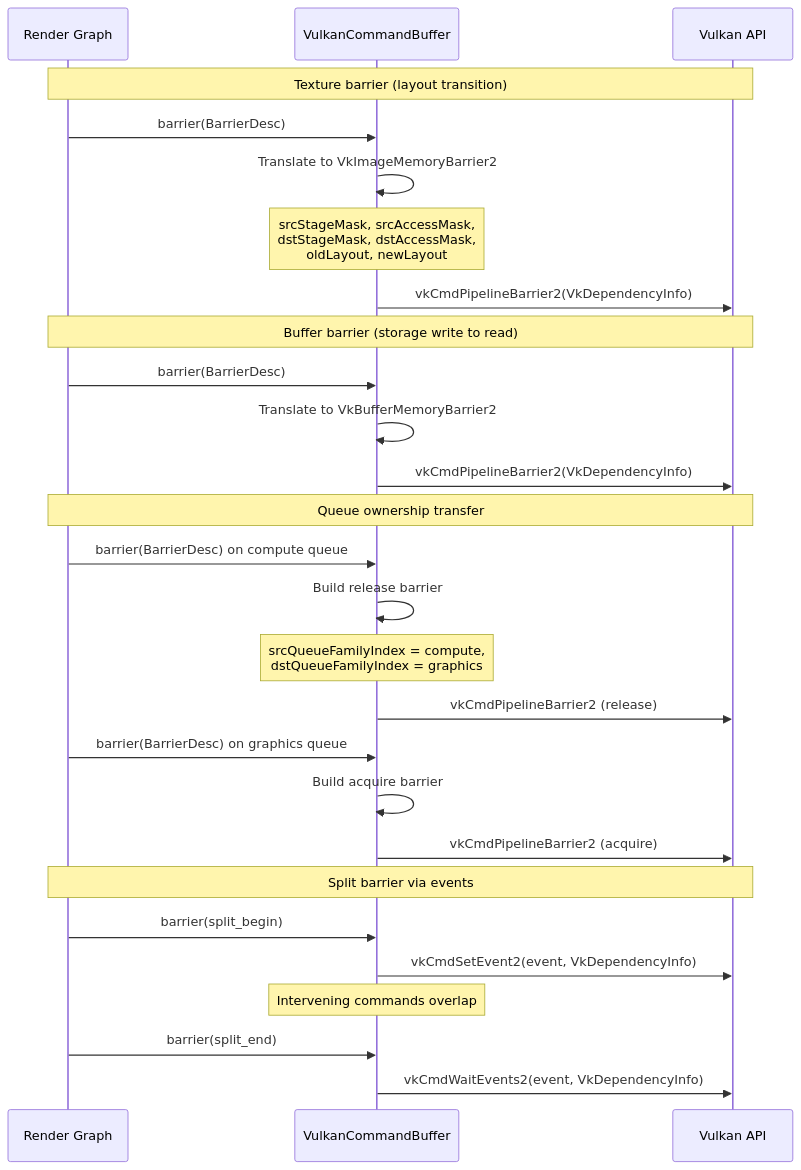
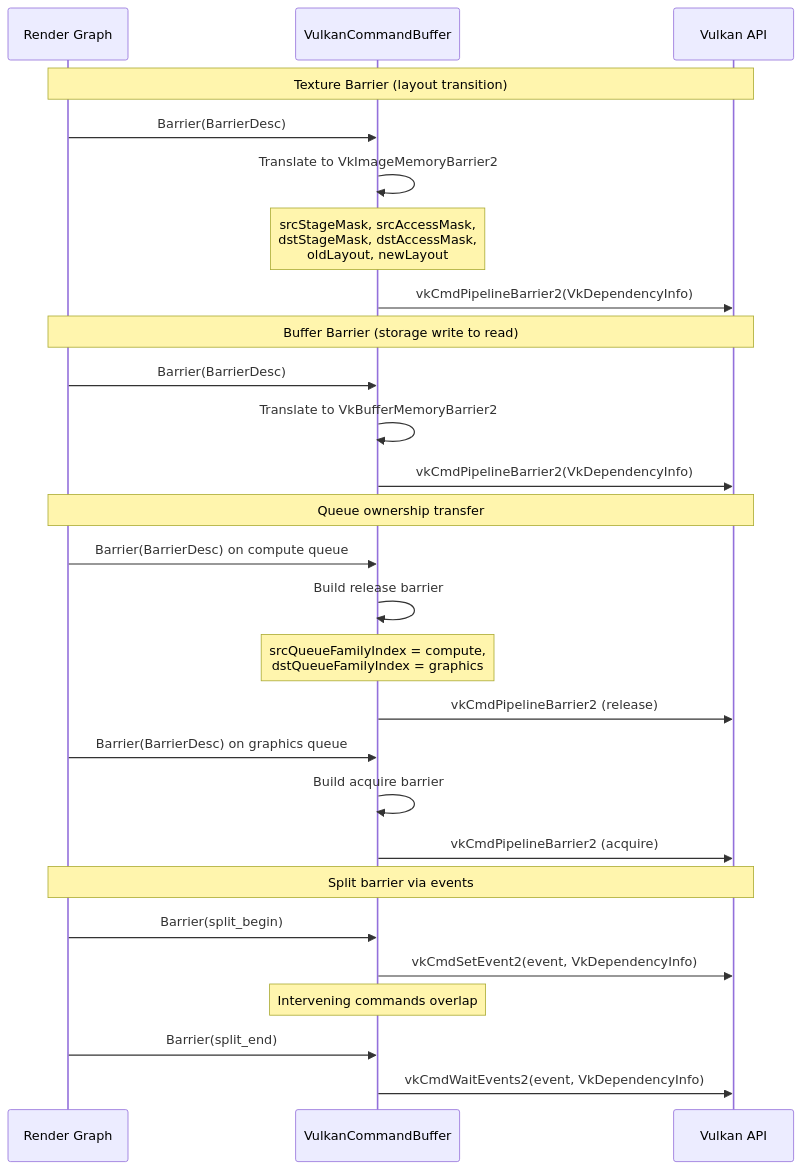
Before and after one commit to harmonius-dev/harmonius: diagram 32 of 34 in docs/design/gpu-backend-vulkan-classes.md, drawn with Mermaid. The commit also changed other lines of this file and 67 other files, not shown here.

````diff
--- a/docs/design/gpu-backend-vulkan-classes.md
+++ b/docs/design/gpu-backend-vulkan-classes.md
@@ -1649,33 +1649,33 @@
 ```mermaid
 sequenceDiagram
     participant RG as Render Graph
     participant CB as VulkanCommandBuffer
     participant Vk as Vulkan API
 
-    Note over RG,Vk: Texture barrier (layout transition)
-    RG->>CB: barrier(BarrierDesc)
+    Note over RG,Vk: Texture Barrier (layout transition)
+    RG->>CB: Barrier(BarrierDesc)
     CB->>CB: Translate to VkImageMemoryBarrier2
     Note over CB: srcStageMask, srcAccessMask,<br/>dstStageMask, dstAccessMask,<br/>oldLayout, newLayout
     CB->>Vk: vkCmdPipelineBarrier2(VkDependencyInfo)
 
-    Note over RG,Vk: Buffer barrier (storage write to read)
-    RG->>CB: barrier(BarrierDesc)
+    Note over RG,Vk: Buffer Barrier (storage write to read)
+    RG->>CB: Barrier(BarrierDesc)
     CB->>CB: Translate to VkBufferMemoryBarrier2
     CB->>Vk: vkCmdPipelineBarrier2(VkDependencyInfo)
 
     Note over RG,Vk: Queue ownership transfer
-    RG->>CB: barrier(BarrierDesc) on compute queue
+    RG->>CB: Barrier(BarrierDesc) on compute queue
     CB->>CB: Build release barrier
     Note over CB: srcQueueFamilyIndex = compute,<br/>dstQueueFamilyIndex = graphics
     CB->>Vk: vkCmdPipelineBarrier2 (release)
-    RG->>CB: barrier(BarrierDesc) on graphics queue
+    RG->>CB: Barrier(BarrierDesc) on graphics queue
     CB->>CB: Build acquire barrier
     CB->>Vk: vkCmdPipelineBarrier2 (acquire)
 
     Note over RG,Vk: Split barrier via events
-    RG->>CB: barrier(split_begin)
+    RG->>CB: Barrier(split_begin)
     CB->>Vk: vkCmdSetEvent2(event, VkDependencyInfo)
     Note over CB: Intervening commands overlap
-    RG->>CB: barrier(split_end)
+    RG->>CB: Barrier(split_end)
     CB->>Vk: vkCmdWaitEvents2(event, VkDependencyInfo)
 ```
````
